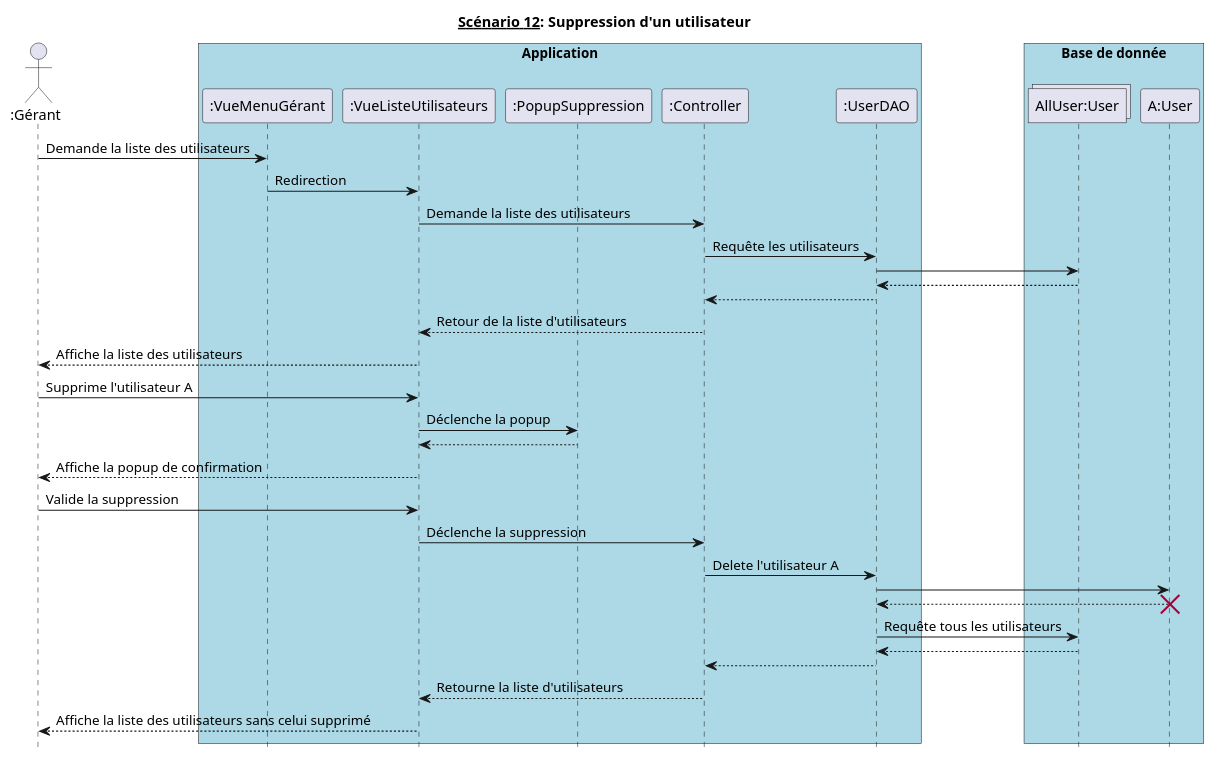
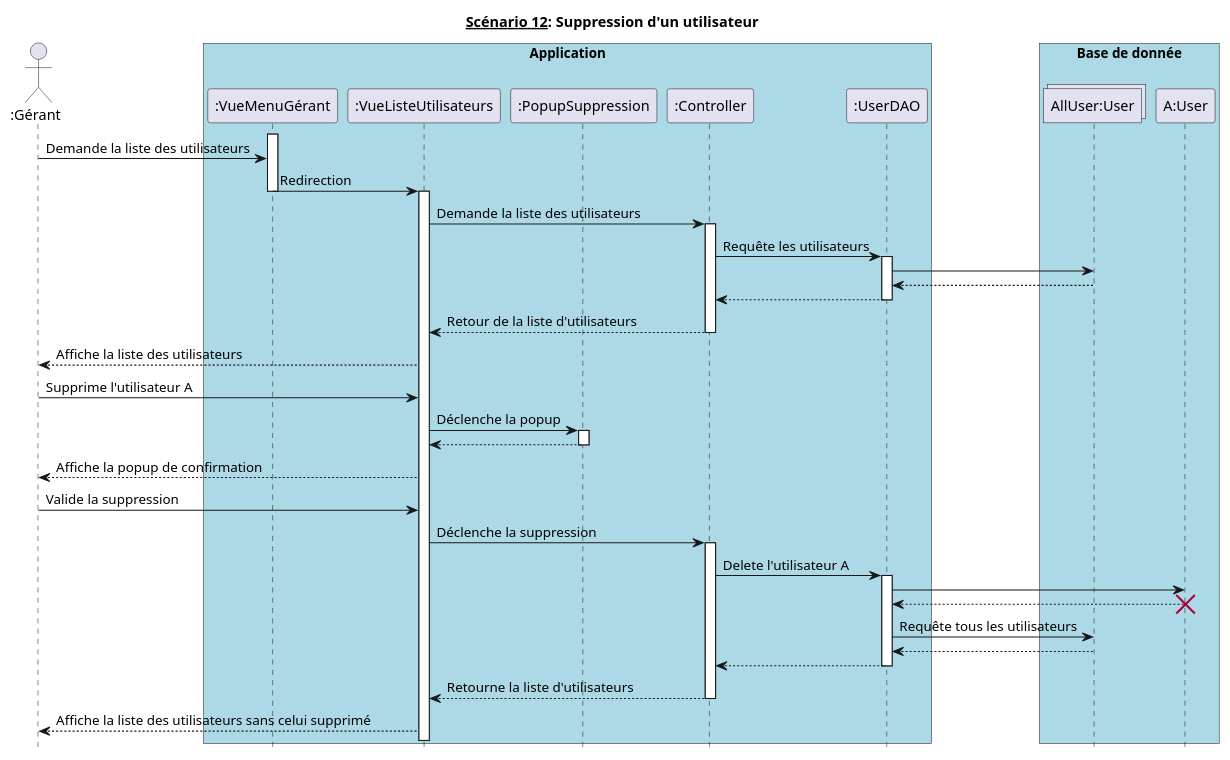
The diagram in diagrammes_sequences_detailles/dss12.md (hulskenA/GL-Les_seigneurs_du_resto), drawn with PlantUML before and after one commit. The commit also changed 15 other files, not shown here.

````diff
--- a/diagrammes_sequences_detailles/dss12.md
+++ b/diagrammes_sequences_detailles/dss12.md
@@ -1,46 +1,59 @@
 ```puml
 @startuml
 hide footbox
 title __Scénario 12__: Suppression d'un utilisateur
 
 actor ":Gérant" as Gérant order 10
 
 box "Application" #Lightblue
   participant ":VueMenuGérant" as VueMenuGérant order 20
   participant ":VueListeUtilisateurs" as VueListeUtilisateurs order 30
   participant ":PopupSuppression" as PopupSuppression order 40
   participant ":Controller" as Controller order 50
   participant ":UserDAO" as UserDAO order 60
 endbox
 
 box "Base de donnée" #Lightblue
   collections "AllUser:User" as AllUser order 70
   participant "A:User" as User order 80
 endbox
 
+activate VueMenuGérant
 Gérant -> VueMenuGérant : Demande la liste des utilisateurs
 VueMenuGérant -> VueListeUtilisateurs : Redirection
+deactivate VueMenuGérant
+activate VueListeUtilisateurs
 VueListeUtilisateurs -> Controller : Demande la liste des utilisateurs
+activate Controller
 Controller -> UserDAO : Requête les utilisateurs
+activate UserDAO
 UserDAO -> AllUser
 UserDAO <-- AllUser
 UserDAO --> Controller
+deactivate UserDAO
 Controller --> VueListeUtilisateurs : Retour de la liste d'utilisateurs
+deactivate Controller
 VueListeUtilisateurs --> Gérant : Affiche la liste des utilisateurs
 Gérant -> VueListeUtilisateurs : Supprime l'utilisateur A
 VueListeUtilisateurs -> PopupSuppression : Déclenche la popup
+activate PopupSuppression
 PopupSuppression --> VueListeUtilisateurs
+deactivate PopupSuppression
 VueListeUtilisateurs --> Gérant : Affiche la popup de confirmation
 Gérant -> VueListeUtilisateurs : Valide la suppression
 VueListeUtilisateurs -> Controller : Déclenche la suppression
+activate Controller
 Controller -> UserDAO : Delete l'utilisateur A
+activate UserDAO
 UserDAO -> User
 User --> UserDAO
 destroy User
 UserDAO -> AllUser : Requête tous les utilisateurs
 AllUser --> UserDAO
 UserDAO --> Controller
+deactivate UserDAO
 Controller --> VueListeUtilisateurs : Retourne la liste d'utilisateurs
+deactivate Controller
 VueListeUtilisateurs --> Gérant : Affiche la liste des utilisateurs sans celui supprimé
 @enduml
 ```
````
